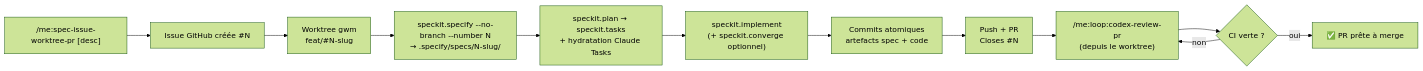
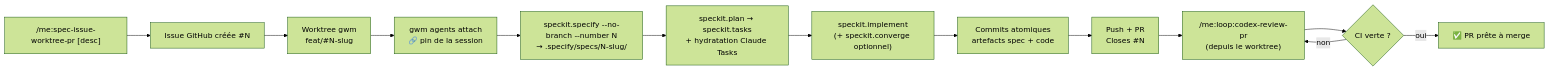
Before and after one commit to kbrdn1/dotfiles: the fourth of 8 diagrams in dot_claude/WORKFLOW.md, drawn with Mermaid (forest theme). The commit also changed other lines of this file and 1 other file, not shown here.

First line of the commit message:
📝 docs(workflow): pin the session to the worktree it actually works in

````diff
--- a/dot_claude/WORKFLOW.md
+++ b/dot_claude/WORKFLOW.md
@@ -114,14 +117,15 @@
 ```mermaid
 flowchart LR
     A["/me:spec-issue-worktree-pr [desc]"] --> B[Issue GitHub créée #N]
     B --> C[Worktree gwm<br/>feat/#N-slug]
-    C --> D["speckit.specify --no-branch --number N<br/>→ .specify/specs/N-slug/"]
+    C --> CA["gwm agents attach<br/>🔗 pin de la session"]
+    CA --> D["speckit.specify --no-branch --number N<br/>→ .specify/specs/N-slug/"]
     D --> E[speckit.plan → speckit.tasks<br/>+ hydratation Claude Tasks]
     E --> F["speckit.implement<br/>(+ speckit.converge optionnel)"]
     F --> G[Commits atomiques<br/>artefacts spec + code]
     G --> H[Push + PR<br/>Closes #N]
     H --> I["/me:loop:codex-review-pr<br/>(depuis le worktree)"]
     I --> J{CI verte ?}
     J -->|non| I
     J -->|oui| K[✅ PR prête à merge]
 ```
````
